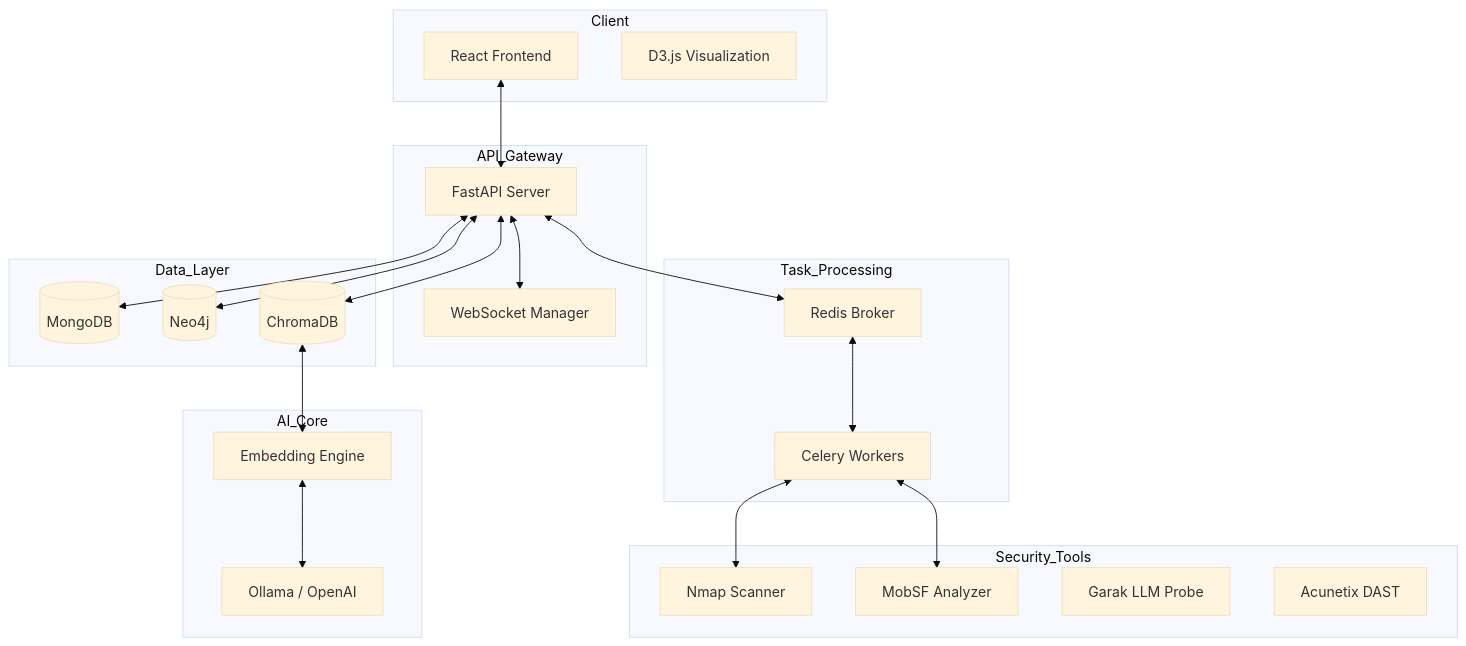
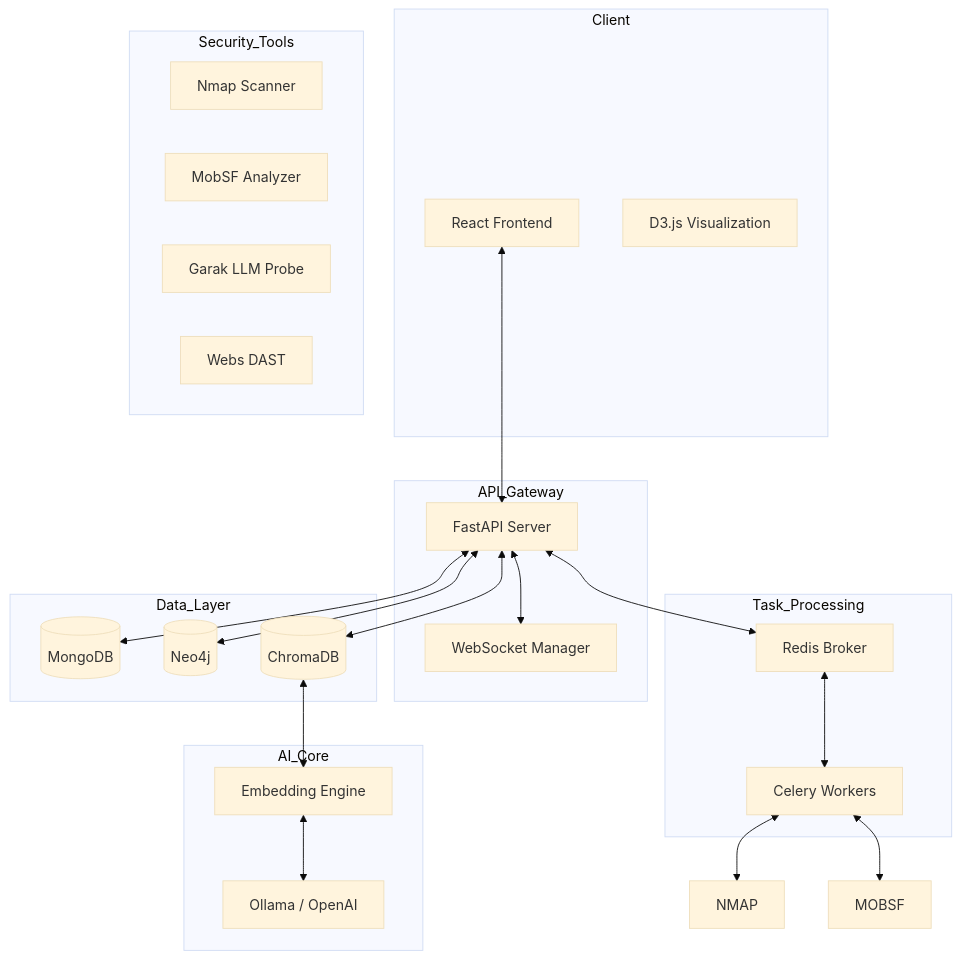
One commit to anshu787/hacknova_ps changed the diagram in README.md. Above: the diagram before and after it, drawn with Mermaid (base theme).

````diff
--- a/README.md
+++ b/README.md
@@ -77,47 +77,47 @@
 ```mermaid
 graph TD
     subgraph Client
         UI[React Frontend]
         D3[D3.js Visualization]
     end
 
     subgraph API_Gateway
         APP[FastAPI Server]
         WSS[WebSocket Manager]
     end
 
     subgraph Data_Layer
         DB[(MongoDB)]
         GDB[(Neo4j)]
         VDB[(ChromaDB)]
     end
 
     subgraph Task_Processing
         REDIS[Redis Broker]
         CELERY[Celery Workers]
     end
 
     subgraph Security_Tools
-        NMAP[Nmap Scanner]
-        MOBSF[MobSF Analyzer]
+        Network[Nmap Scanner]
+        Mobile[MobSF Analyzer]
         GARAK[Garak LLM Probe]
-        ACUNETIX[Acunetix DAST]
+        Web[Webs DAST]
     end
 
     subgraph AI_Core
         LLM[Ollama / OpenAI]
         EMB[Embedding Engine]
     end
 
     UI <--> APP
     APP <--> DB
     APP <--> GDB
     APP <--> REDIS
     REDIS <--> CELERY
     CELERY <--> NMAP
     CELERY <--> MOBSF
     APP <--> VDB
     VDB <--> EMB
     EMB <--> LLM
     APP <--> WSS
 ```
````
